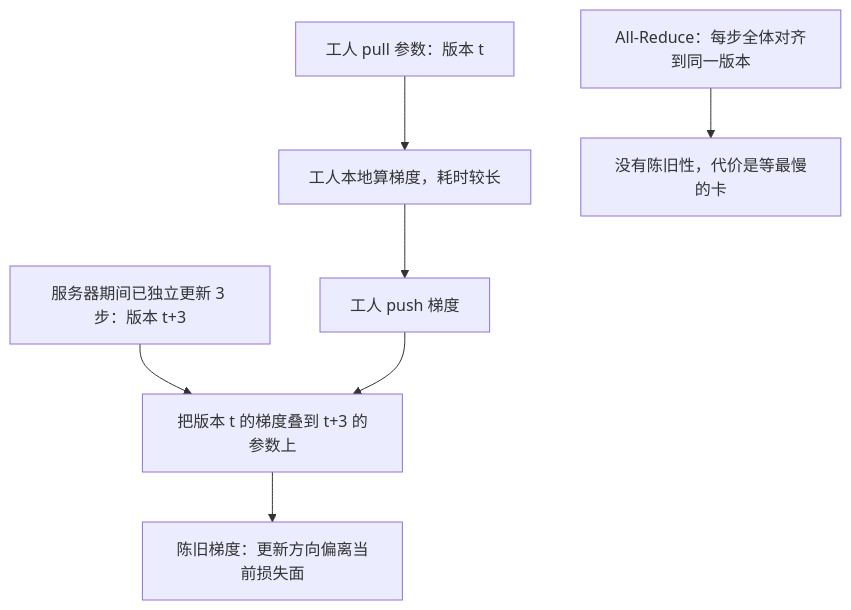
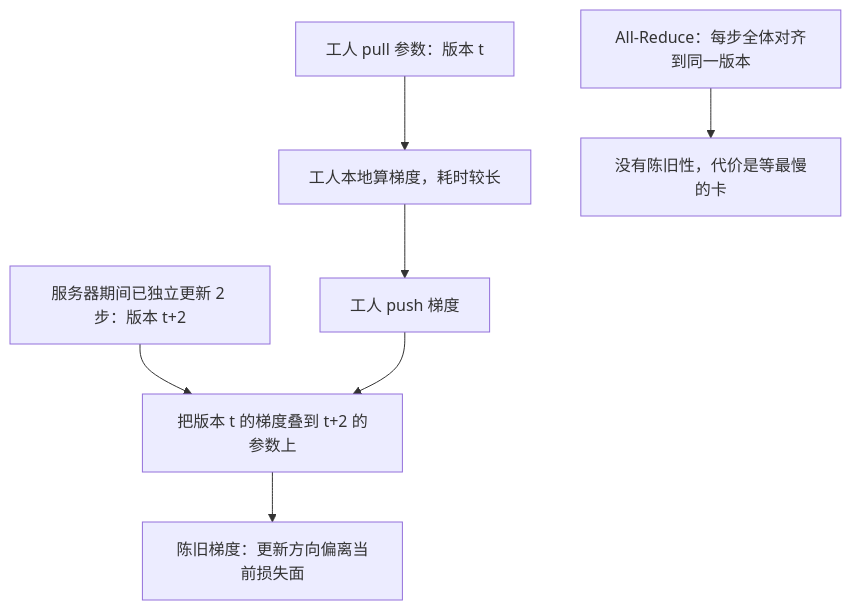
Before and after one commit to xhongduo-tech/xhongduo-tech.github.io: the second of 2 diagrams in docs/llm/parameter-server-contrast.md, drawn with Mermaid. The commit also changed 6 other files, not shown here.

````diff
--- a/docs/llm/parameter-server-contrast.md
+++ b/docs/llm/parameter-server-contrast.md
@@ -55,9 +55,9 @@
 ```mermaid
 flowchart TD
   P0["工人 pull 参数：版本 t"] --> C["工人本地算梯度，耗时较长"]
   C --> PUSH["工人 push 梯度"]
-  ADV["服务器期间已独立更新 3 步：版本 t+3"] --> APPLY["把版本 t 的梯度叠到 t+3 的参数上"]
+  ADV["服务器期间已独立更新 2 步：版本 t+2"] --> APPLY["把版本 t 的梯度叠到 t+2 的参数上"]
   PUSH --> APPLY
   APPLY --> STALE["陈旧梯度：更新方向偏离当前损失面"]
   SYNC["All-Reduce：每步全体对齐到同一版本"] --> NO["没有陈旧性，代价是等最慢的卡"]
 ```
````
